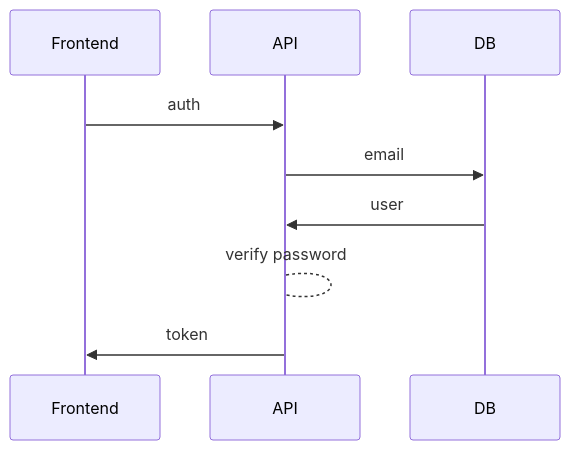
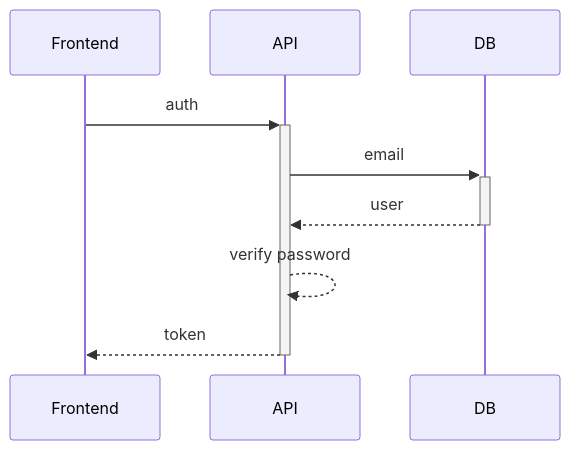
One commit to iliadmitriev/auth-fapi changed the second of 4 diagrams in develop.md. Above: the diagram before and after it, drawn with Mermaid.

````diff
--- a/develop.md
+++ b/develop.md
@@ -20,8 +20,12 @@
 ```mermaid
 sequenceDiagram
-    Frontend->>API: auth
-    API->>DB: email
-    DB->>API: user
-    API-->API: verify password
-    API->>Frontend: token
+    participant Frontend
+    participant API
+    participant DB
+
+    Frontend->>+API: auth
+    API->>+DB: email
+    DB-->>-API: user
+    API-->>API: verify password
+    API-->>-Frontend: token
 ```
````
